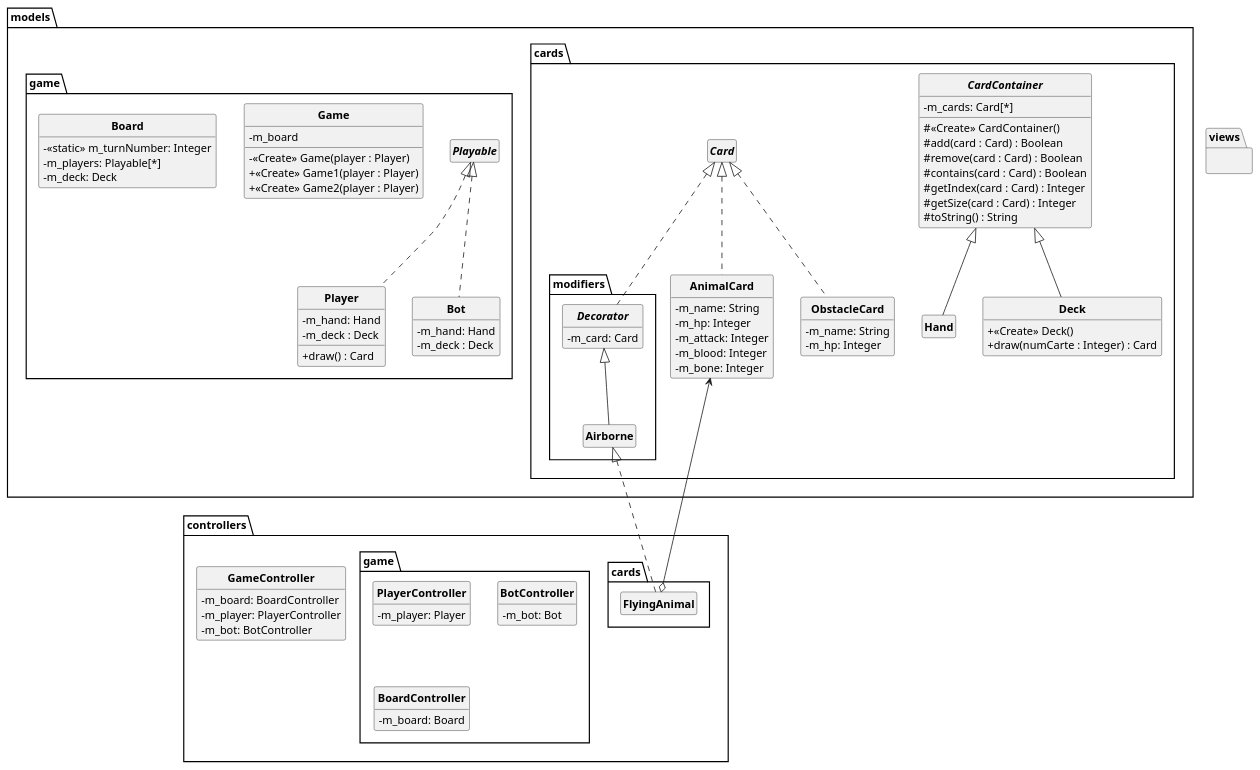
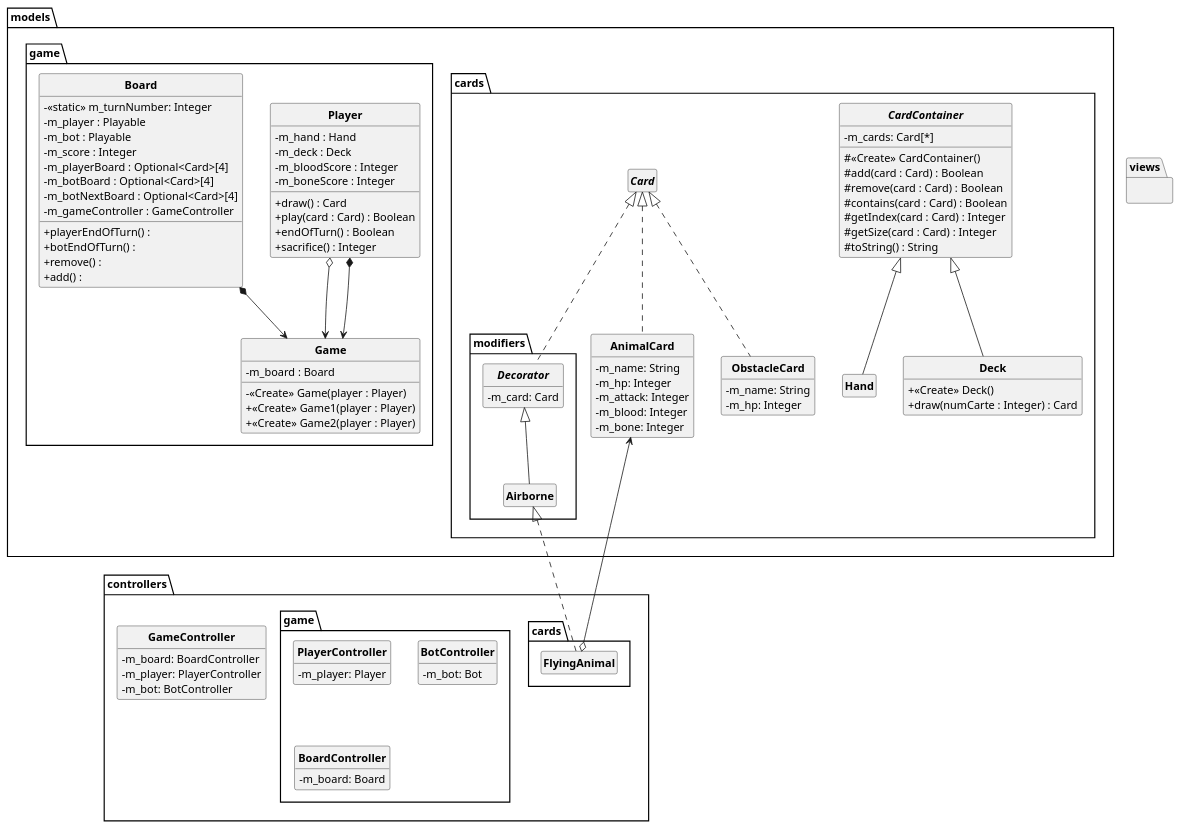
One commit to Guyomeuh/inscryption-tui changed the diagram in uml/classes.puml. Above: the diagram before and after it, drawn with PlantUML. The commit also changed 12 other files, not shown here.

```diff
--- a/uml/classes.puml
+++ b/uml/classes.puml
@@ -1,121 +1,131 @@
 @startuml
 
 skinparam classAttributeIconSize 0
 skinparam classFontStyle Bold
 skinparam style strictuml
 hide empty members
 
 package models {
     package cards {
         abstract class CardContainer {
             - m_cards: Card[*]
             # <<Create>> CardContainer()
             # add(card : Card) : Boolean
             # remove(card : Card) : Boolean
             # contains(card : Card) : Boolean
             # getIndex(card : Card) : Integer
             # getSize(card : Card) : Integer
             # toString() : String
         }
 
         class Deck extends CardContainer {
             + <<Create>> Deck()
             + draw(numCarte : Integer) : Card
 
         }
 
         class Hand extends CardContainer {
         }
 
         Interface Card {
 
         }
 
         class AnimalCard implements Card {
             - m_name: String
             - m_hp: Integer
             - m_attack: Integer
             - m_blood: Integer
             - m_bone: Integer
         }
 
         class ObstacleCard implements Card {
             - m_name: String
             - m_hp: Integer
         }
 
         package modifiers {
             abstract class Decorator implements models.cards.Card {
                 - m_card: Card
             } 
 
             class Airborne extends Decorator {
 
             }
         }
     }
 
     package game {
-        interface Playable {
+        class Player {
+            - m_hand : Hand
+            - m_deck : Deck
+            - m_bloodScore : Integer
+            - m_boneScore : Integer
+            + draw() : Card
+            + play(card : Card) : Boolean
+            + endOfTurn() : Boolean
+            + sacrifice() : Integer
         }
 
         class Game
         {
-            - m_board
+            - m_board : Board
             - <<Create>> Game(player : Player)
             + <<Create>> Game1(player : Player)
             + <<Create>> Game2(player : Player)
         }
 
-        class Player implements Playable {
-            - m_hand: Hand
-            - m_deck : Deck
-            + draw() : Card
+        class Board {
+            - <<static>> m_turnNumber: Integer
+            - m_player : Playable
+            - m_bot : Playable
+            - m_score : Integer
+            - m_playerBoard : Optional<Card>[4]
+            - m_botBoard : Optional<Card>[4]
+            - m_botNextBoard : Optional<Card>[4]
+            - m_gameController : GameController
+            + playerEndOfTurn() :
+            + botEndOfTurn() :
+            + remove() :
+            + add() :
         }
 
-        class Bot implements Playable {
-            - m_hand: Hand
-            - m_deck : Deck
-        }
-
-        class Board {
-            - <<static>> m_turnNumber: Integer
-            - m_players: Playable[*]
-            - m_deck: Deck
-        }
+        Player o--> Game
+        Player *--> Game
+        Board *--> Game
     }
 }
 
 package views {
 }
 
 package controllers {
     package cards {
         class FlyingAnimal implements models.cards.modifiers.Airborne {
         }
 
         FlyingAnimal o-U-> models.cards.AnimalCard
     }
 
     package game {
         class PlayerController {
             - m_player: Player
         }
 
         class BotController {
             - m_bot: Bot 
         }
 
         class BoardController {
             - m_board: Board
         }
     }
 
     class GameController {
         - m_board: BoardController 
         - m_player: PlayerController
         - m_bot: BotController 
     }
 }
 
 @enduml
```
